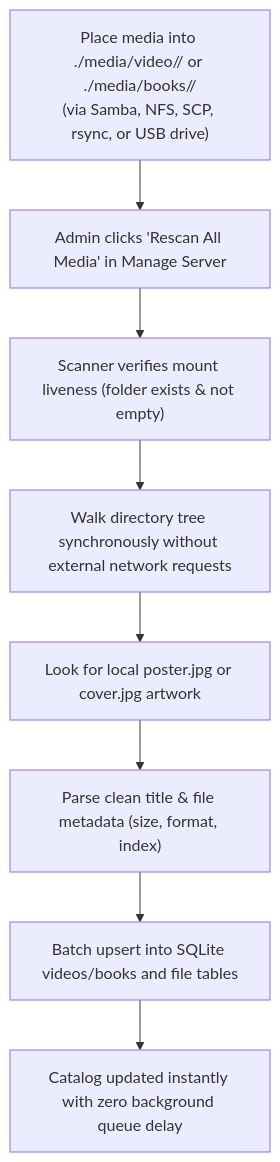
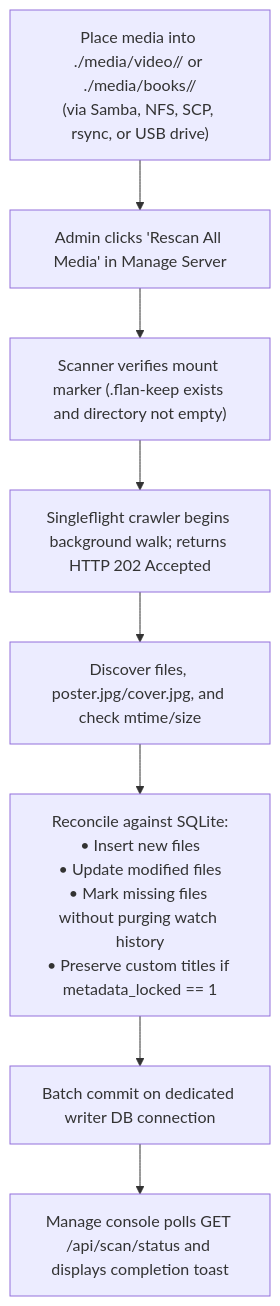
One commit to WesleyEsq/Flan-Media-Server changed the fourth of 5 diagrams in docs/diagrams/user-flows.md. Above: the diagram before and after it, drawn with Mermaid. The commit also changed other lines of this file and 26 other files, not shown here.

````diff
--- a/docs/diagrams/user-flows.md
+++ b/docs/diagrams/user-flows.md
@@ -103,10 +107,10 @@
 ```mermaid
 flowchart TD
     A1["Place media into ./media/video/<Container>/ or ./media/books/<Container>/<br/>(via Samba, NFS, SCP, rsync, or USB drive)"] --> A2["Admin clicks 'Rescan All Media' in Manage Server"]
-    A2 --> A3["Scanner verifies mount liveness (folder exists & not empty)"]
-    A3 --> A4["Walk directory tree synchronously without external network requests"]
-    A4 --> A5["Look for local poster.jpg or cover.jpg artwork"]
-    A5 --> A6["Parse clean title & file metadata (size, format, index)"]
-    A6 --> A7["Batch upsert into SQLite videos/books and file tables"]
-    A7 --> A8["Catalog updated instantly with zero background queue delay"]
+    A2 --> A3["Scanner verifies mount marker (.flan-keep exists and directory not empty)"]
+    A3 --> A4["Singleflight crawler begins background walk; returns HTTP 202 Accepted"]
+    A4 --> A5["Discover files, poster.jpg/cover.jpg, and check mtime/size"]
+    A5 --> A6["Reconcile against SQLite:<br/>• Insert new files<br/>• Update modified files<br/>• Mark missing files without purging watch history<br/>• Preserve custom titles if metadata_locked == 1"]
+    A6 --> A7["Batch commit on dedicated writer DB connection"]
+    A7 --> A8["Manage console polls GET /api/scan/status and displays completion toast"]
 ```
````
